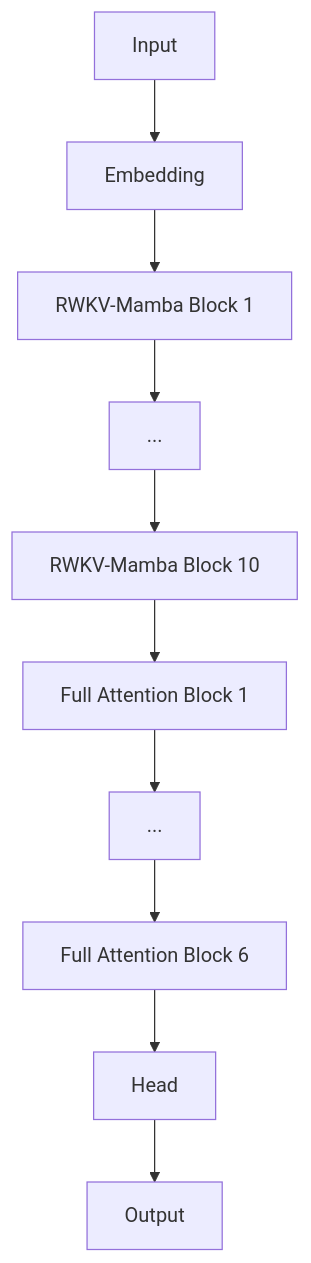
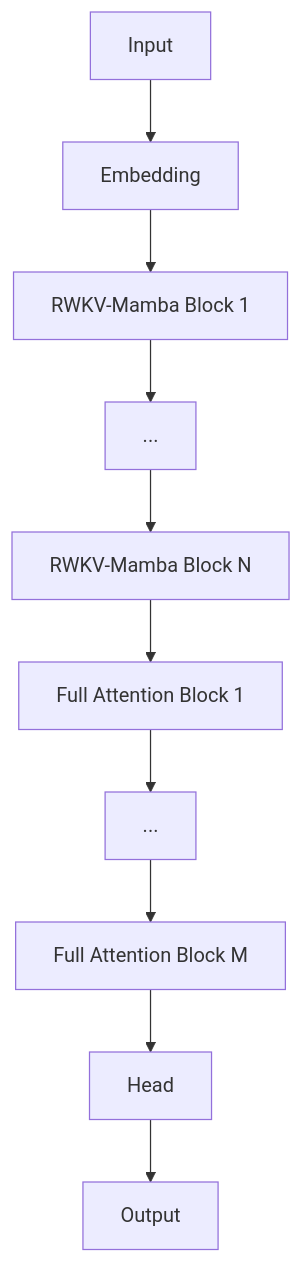
The diagram in README.md (FlameF0X/open-i3), drawn with Mermaid before and after one commit. The commit also changed other lines of this file, not shown here.

````diff
--- a/README.md
+++ b/README.md
@@ -24,12 +15,12 @@
 ```mermaid
 graph TD;
     Input-->Embedding;
     Embedding-->HybridBlock1[RWKV-Mamba Block 1];
     HybridBlock1-->HybridBlock2[...];
-    HybridBlock2-->HybridBlock10[RWKV-Mamba Block 10];
-    HybridBlock10-->AttnBlock1[Full Attention Block 1];
+    HybridBlock2-->HybridBlockN[RWKV-Mamba Block N];
+    HybridBlockN-->AttnBlock1[Full Attention Block 1];
     AttnBlock1-->AttnBlock2[...];
-    AttnBlock2-->AttnBlock6[Full Attention Block 6];
-    AttnBlock6-->Head;
+    AttnBlock2-->AttnBlockM[Full Attention Block M];
+    AttnBlockM-->Head;
     Head-->Output;
 ```
````
